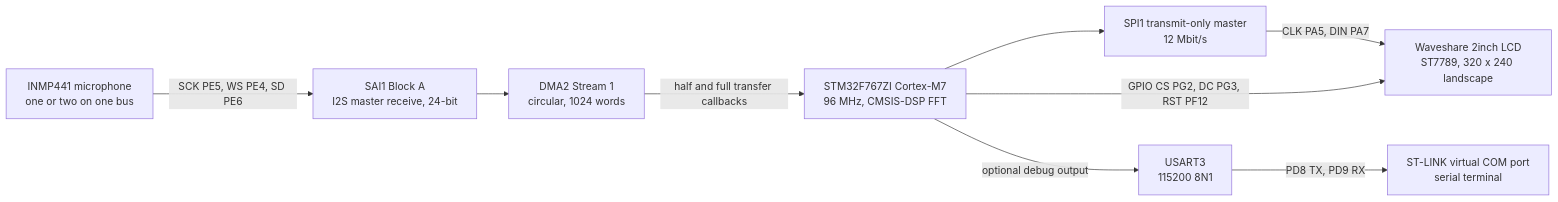
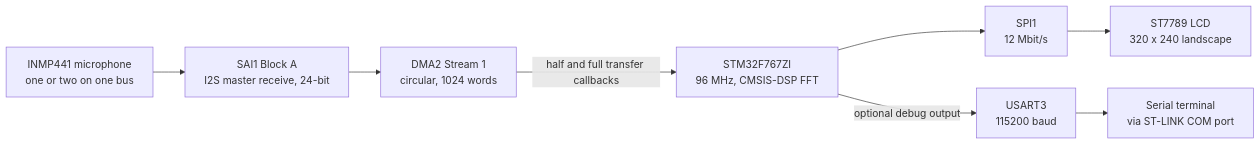
Before and after one commit to OscarBazylewich/STM32_Audio_Spectrum_Analyzer_ST7789_and_INMP441: the diagram in README.md, drawn with Mermaid. The commit also changed other lines of this file, not shown here.

````diff
--- a/README.md
+++ b/README.md
@@ -57,19 +39,18 @@
 ```mermaid
 flowchart LR
     MIC["INMP441 microphone<br/>one or two on one bus"]
     SAI["SAI1 Block A<br/>I2S master receive, 24-bit"]
     DMA["DMA2 Stream 1<br/>circular, 1024 words"]
-    CPU["STM32F767ZI Cortex-M7<br/>96 MHz, CMSIS-DSP FFT"]
-    SPI["SPI1 transmit-only master<br/>12 Mbit/s"]
-    LCD["Waveshare 2inch LCD<br/>ST7789, 320 x 240 landscape"]
-    UART["USART3<br/>115200 8N1"]
-    PC["ST-LINK virtual COM port<br/>serial terminal"]
-    MIC -- "SCK PE5, WS PE4, SD PE6" --> SAI
+    CPU["STM32F767ZI<br/>96 MHz, CMSIS-DSP FFT"]
+    SPI["SPI1<br/>12 Mbit/s"]
+    LCD["ST7789 LCD<br/>320 x 240 landscape"]
+    UART["USART3<br/>115200 baud"]
+    PC["Serial terminal<br/>via ST-LINK COM port"]
+    MIC --> SAI
     SAI --> DMA
     DMA -- "half and full transfer callbacks" --> CPU
     CPU --> SPI
-    SPI -- "CLK PA5, DIN PA7" --> LCD
-    CPU -- "GPIO CS PG2, DC PG3, RST PF12" --> LCD
+    SPI --> LCD
     CPU -- "optional debug output" --> UART
-    UART -- "PD8 TX, PD9 RX" --> PC
+    UART --> PC
 ```
````
